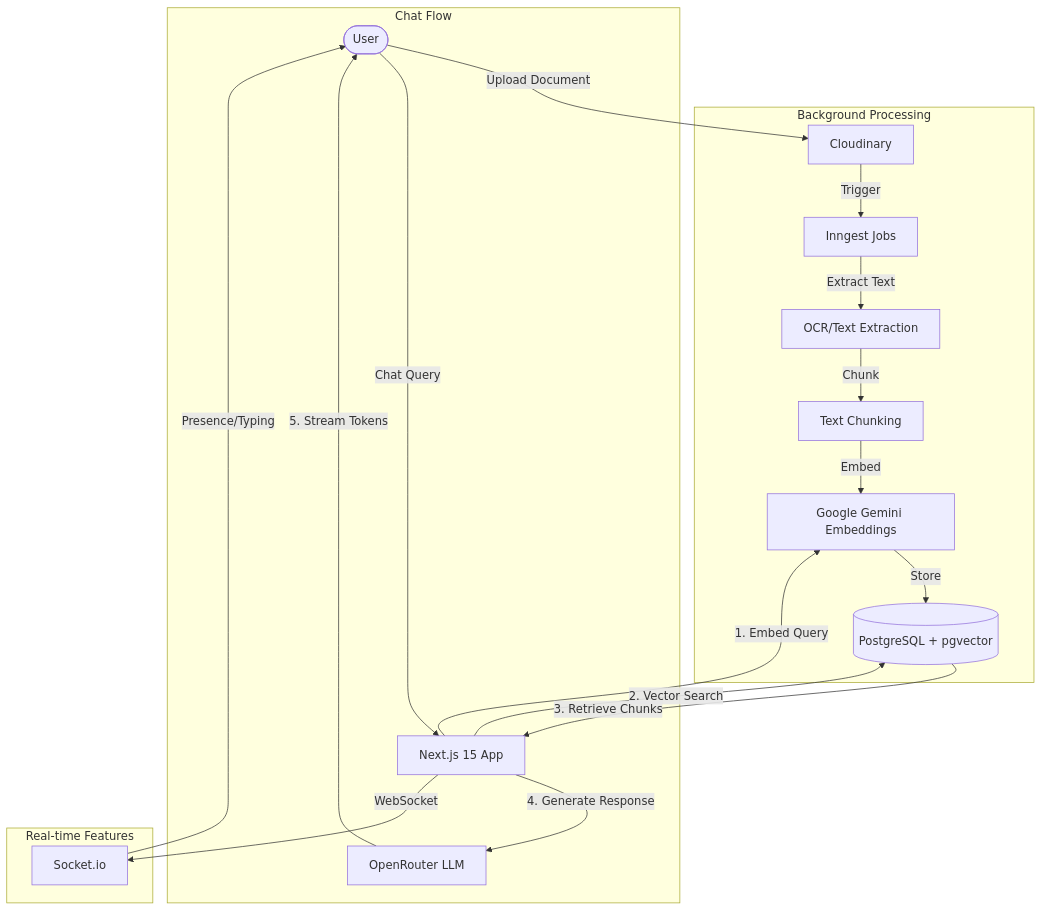
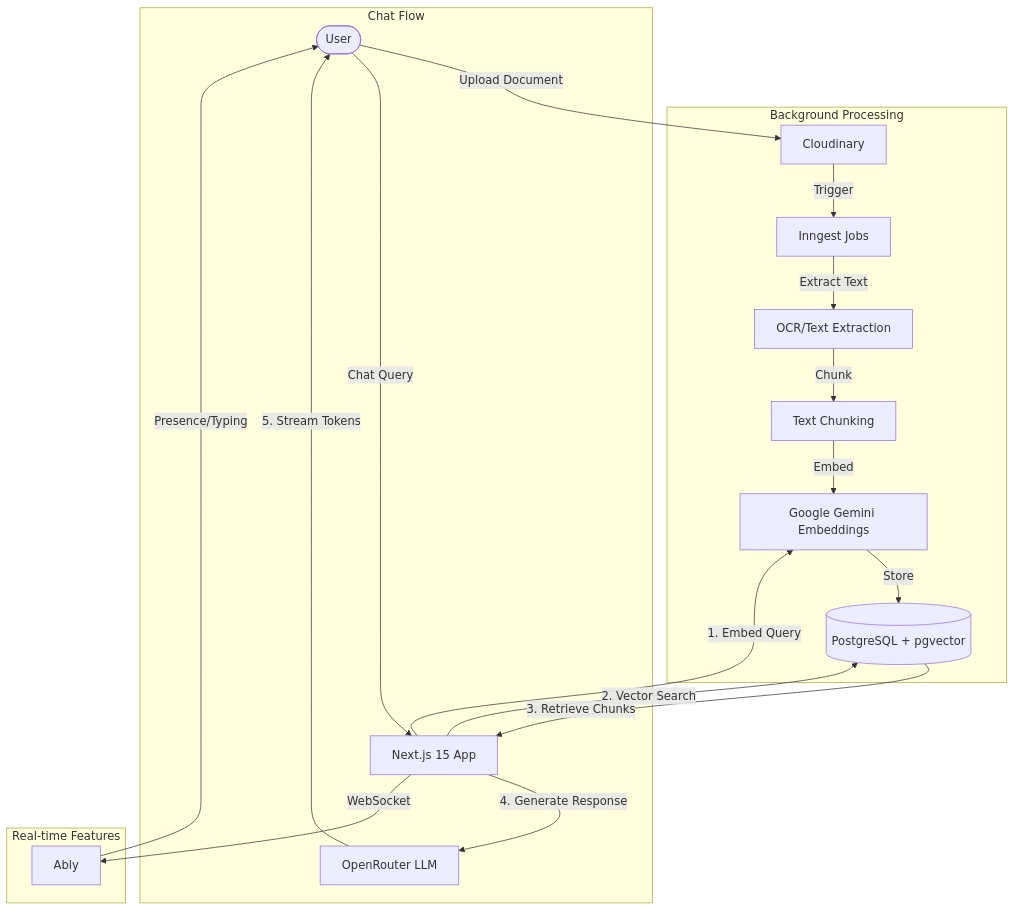
The diagram in README.md (rejisterjack/rag-starter-kit), drawn with Mermaid before and after one commit. The commit also changed other lines of this file and 6 other files, not shown here.

````diff
--- a/README.md
+++ b/README.md
@@ -221,26 +221,26 @@
 ```mermaid
 graph TB
     User([User]) -->|Upload Document| Cloudinary[Cloudinary]
     User -->|Chat Query| Next[Next.js 15 App]
 
     subgraph "Background Processing"
         Cloudinary -->|Trigger| Inngest[Inngest Jobs]
         Inngest -->|Extract Text| OCR[OCR/Text Extraction]
         OCR -->|Chunk| Chunker[Text Chunking]
         Chunker -->|Embed| Google[Google Gemini Embeddings]
         Google -->|Store| PG[(PostgreSQL + pgvector)]
     end
 
     subgraph "Chat Flow"
         Next -->|1. Embed Query| Google
         Next -->|2. Vector Search| PG
         PG -->|3. Retrieve Chunks| Next
         Next -->|4. Generate Response| OR[OpenRouter LLM]
         OR -->|5. Stream Tokens| User
     end
 
     subgraph "Real-time Features"
-        Next -->|WebSocket| WS[Socket.io]
-        WS -->|Presence/Typing| User
+        Next -->|WebSocket| Ably[Ably]
+        Ably -->|Presence/Typing| User
     end
 ```
````
